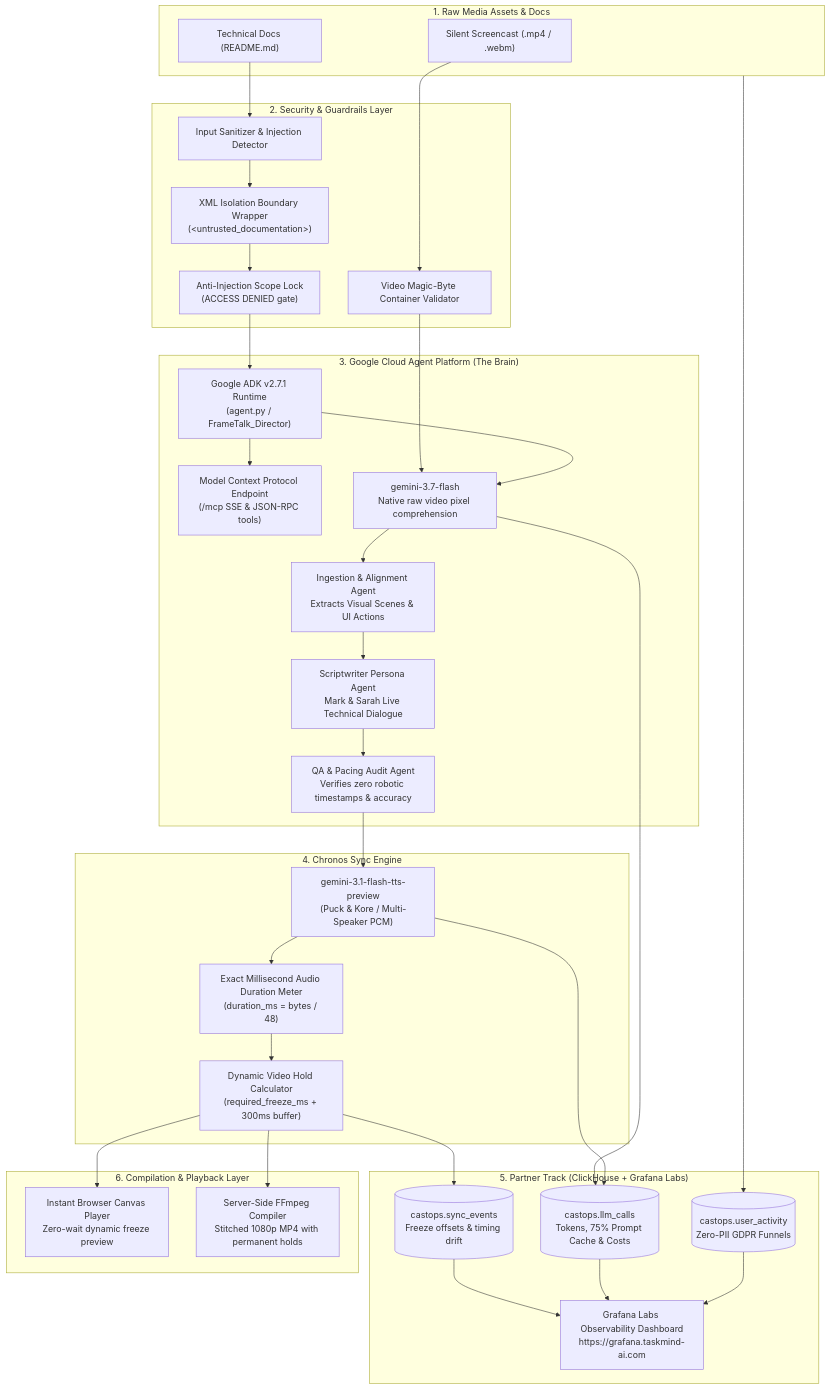
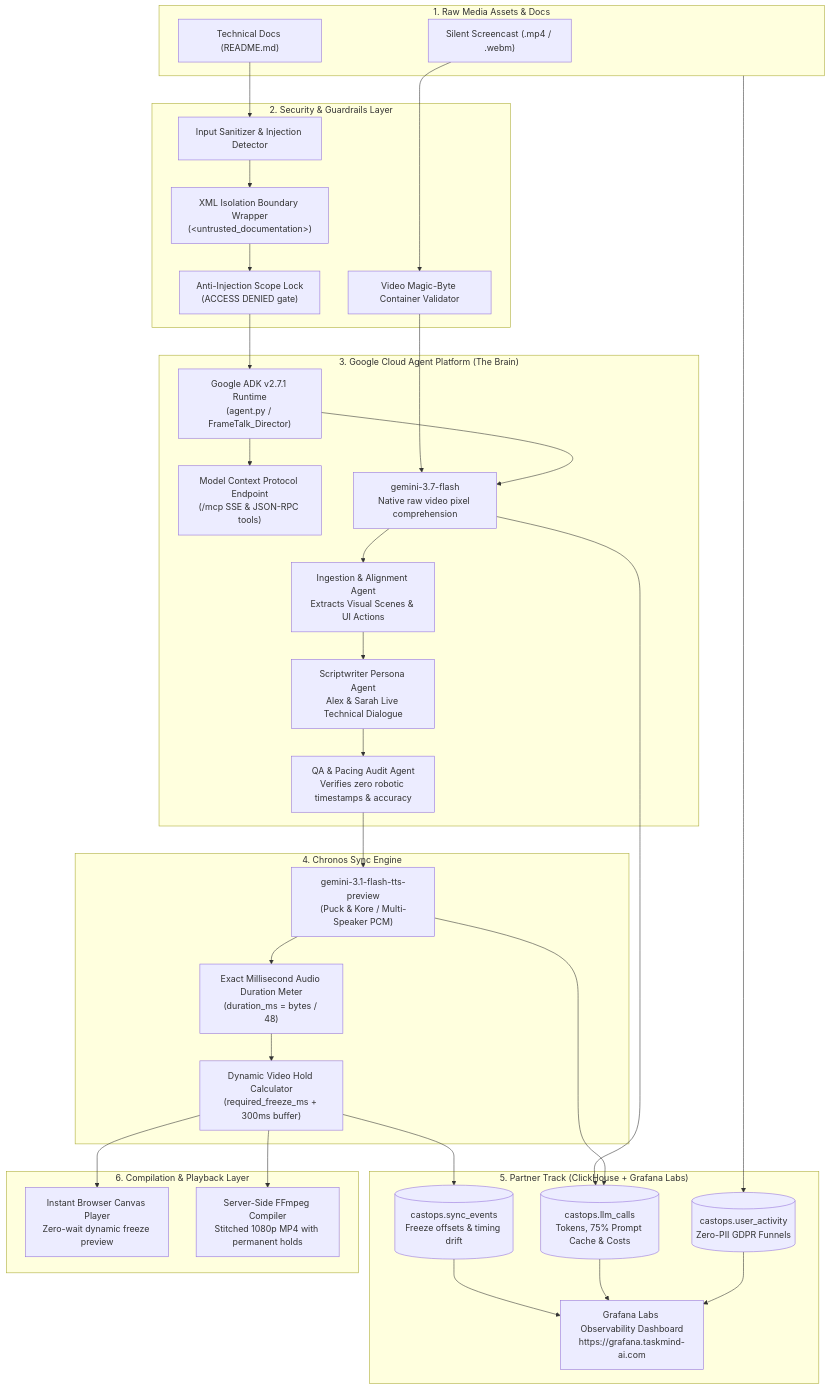
The diagram in README.md (tdk67/frame-talk), drawn with Mermaid before and after one commit. The commit also changed other lines of this file and 8 other files, not shown here.

````diff
--- a/README.md
+++ b/README.md
@@ -36,56 +36,56 @@
 ```mermaid
 flowchart TD
     subgraph Inputs["1. Raw Media Assets & Docs"]
         V["Silent Screencast (.mp4 / .webm)"]
         R["Technical Docs (README.md)"]
     end
 
     subgraph Guardrails["2. Security & Guardrails Layer"]
         SG["Input Sanitizer & Injection Detector"]
         VB["Video Magic-Byte Container Validator"]
         XML["XML Isolation Boundary Wrapper<br/>(&lt;untrusted_documentation&gt;)"]
         LOCK["Anti-Injection Scope Lock<br/>(ACCESS DENIED gate)"]
     end
 
     subgraph GoogleBrain["3. Google Cloud Agent Platform (The Brain)"]
         ADK["Google ADK v2.7.1 Runtime<br/>(agent.py / FrameTalk_Director)"]
         MCP["Model Context Protocol Endpoint<br/>(/mcp SSE & JSON-RPC tools)"]
         G["gemini-3.7-flash<br/>Native raw video pixel comprehension"]
         A1["Ingestion & Alignment Agent<br/>Extracts Visual Scenes & UI Actions"]
-        A2["Scriptwriter Persona Agent<br/>Mark & Sarah Live Technical Dialogue"]
+        A2["Scriptwriter Persona Agent<br/>Alex & Sarah Live Technical Dialogue"]
         A3["QA & Pacing Audit Agent<br/>Verifies zero robotic timestamps & accuracy"]
     end
 
     subgraph ChronosSync["4. Chronos Sync Engine"]
         TTS["gemini-3.1-flash-tts-preview<br/>(Puck & Kore / Multi-Speaker PCM)"]
         MS["Exact Millisecond Audio Duration Meter<br/>(duration_ms = bytes / 48)"]
         CALC["Dynamic Video Hold Calculator<br/>(required_freeze_ms + 300ms buffer)"]
     end
 
     subgraph PartnerTrack["5. Partner Track (ClickHouse + Grafana Labs)"]
         CH1[("castops.sync_events<br/>Freeze offsets & timing drift")]
         CH2[("castops.llm_calls<br/>Tokens, 75% Prompt Cache & Costs")]
         CH3[("castops.user_activity<br/>Zero-PII GDPR Funnels")]
         GF["Grafana Labs Observability Dashboard<br/>https://grafana.taskmind-ai.com"]
     end
 
     subgraph Compilation["6. Compilation & Playback Layer"]
         CP["Instant Browser Canvas Player<br/>Zero-wait dynamic freeze preview"]
         FF["Server-Side FFmpeg Compiler<br/>Stitched 1080p MP4 with permanent holds"]
     end
 
     V --> VB --> G
     R --> SG --> XML --> LOCK --> ADK
     ADK --> G & MCP
     G --> A1
     A1 --> A2
     A2 --> A3
     A3 --> TTS
     TTS --> MS
     MS --> CALC
     CALC --> CH1
     G & TTS --> CH2
     Inputs --> CH3
     CH1 & CH2 & CH3 --> GF
     CALC --> CP & FF
 ```
````
